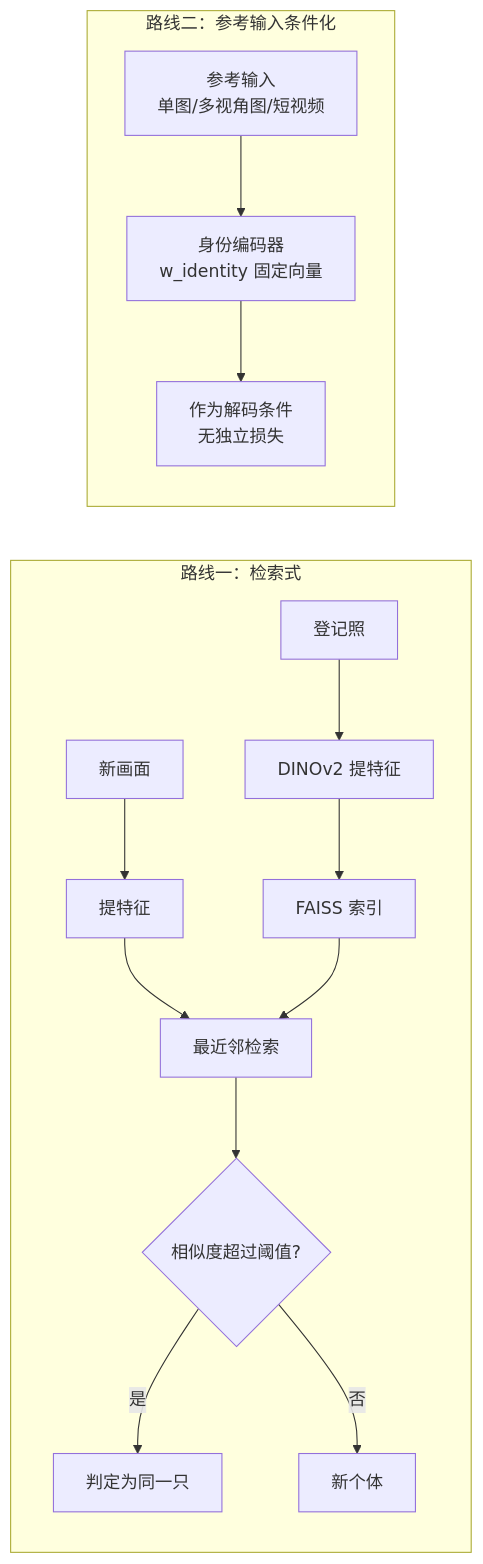
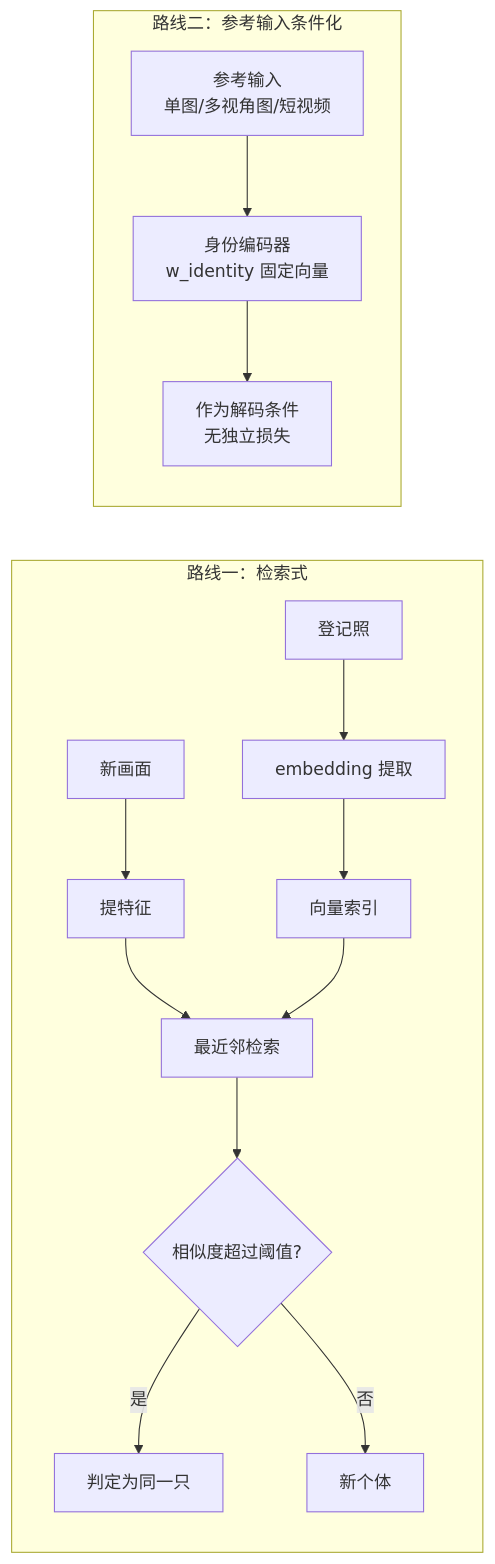
One commit to gongshangzheng/pet-action-recognition changed the fourth of 7 diagrams in management/docs/architecture.md. Above: the diagram before and after it, drawn with Mermaid. The commit also changed other lines of this file and 10 other files, not shown here.

First line of the commit message:
design: 身份读出改 register tokens；清除把候选写成方案的 DINOv2+FAISS

````diff
--- a/management/docs/architecture.md
+++ b/management/docs/architecture.md
@@ -190,15 +190,15 @@
 ```mermaid
 flowchart LR
     subgraph R1["路线一：检索式"]
-        P1[登记照] --> P2[DINOv2 提特征] --> P3[FAISS 索引]
+        P1[登记照] --> P2[embedding 提取] --> P3[向量索引]
         P4[新画面] --> P5[提特征] --> P6[最近邻检索]
         P3 --> P6
         P6 --> P7{"相似度超过阈值?"}
         P7 -->|是| P8[判定为同一只]
         P7 -->|否| P9[新个体]
     end
     subgraph R2["路线二：参考输入条件化"]
         Q1["参考输入<br/>单图/多视角图/短视频"] --> Q2["身份编码器<br/>w_identity 固定向量"]
         Q2 --> Q3["作为解码条件<br/>无独立损失"]
     end
 ```
````
